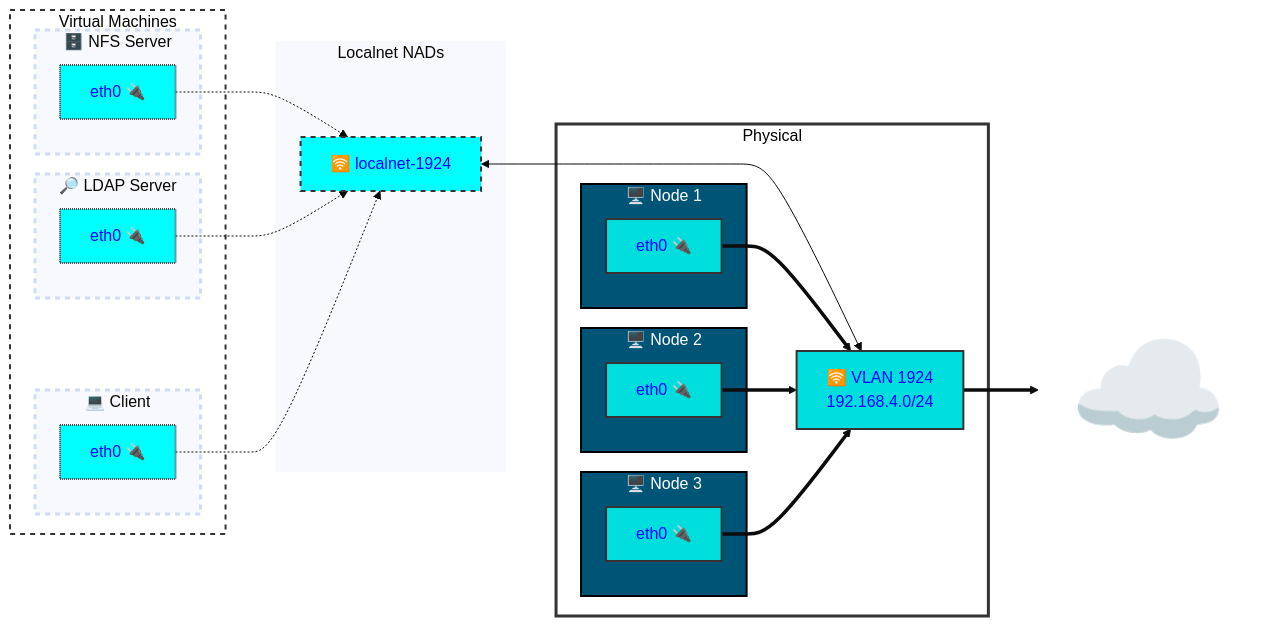
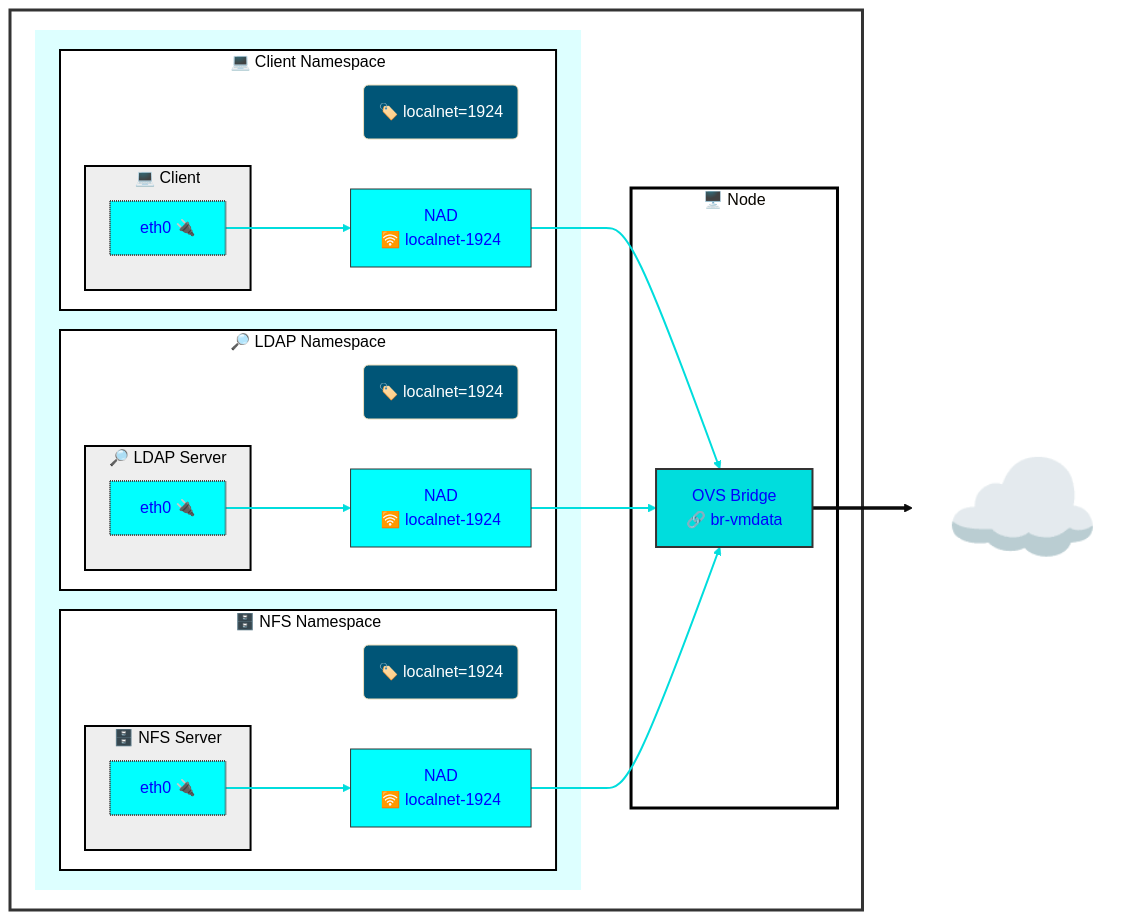
The second of 2 diagrams in networking/readme.md (dlbewley/demo-autofs), drawn with Mermaid (base theme) before and after one commit. The commit also changed other lines of this file, not shown here.

Commit message:
refactor diagram

````diff
--- a/networking/readme.md
+++ b/networking/readme.md
@@ -111,66 +108,79 @@
 ```mermaid
 graph LR;
-    Internet["☁️ "]:::Internet
-    vlan-1924[🛜 VLAN 1924<br>192.168.4.0/24<br>]:::vlan-1924;
-    vlan-1924 ==> Internet
-    nad-1924 <---> vlan-1924
+    subgraph Cluster[" "]
 
-    subgraph Physical["Physical"]
-      subgraph node1["🖥️ Node 1"]
-        node1-eth0[eth0 🔌]:::node-eth;
-      end
-      subgraph node2["🖥️ Node 2"]
-        node2-eth0[eth0 🔌]:::node-eth;
-      end
-      subgraph node3["🖥️ Node 3"]
-        node3-eth0[eth0 🔌]:::node-eth;
+      subgraph Project[" "]
+        subgraph ns-nfs["🗄️ NFS Namespace"]
+          label-nfs("🏷️ localnet=1924")
+          nad-1924-nfs[NAD<br> 🛜 localnet-1924]
+          subgraph vm-nfs["🗄️ NFS Server"]
+              nfs-eth0[eth0 🔌]
+          end
+        end
+
+        subgraph ns-ldap["🔎 LDAP Namespace"]
+          label-ldap("🏷️ localnet=1924")
+          nad-1924-ldap[NAD<br> 🛜 localnet-1924]
+          subgraph vm-ldap["🔎 LDAP Server"]
+              ldap-eth0[eth0 🔌]
+          end
+        end
+
+        subgraph ns-client["💻 Client Namespace"]
+          label-client("🏷️ localnet=1924")
+          nad-1924-client[NAD<br> 🛜 localnet-1924]
+          subgraph vm-client["💻 Client"]
+              client-eth0[eth0 🔌]
+          end
+        end
+
       end
 
-      node1-eth0 ==> vlan-1924
-      node2-eth0 ==> vlan-1924;
-      node3-eth0 ==> vlan-1924;
+      subgraph node1["🖥️ Node "]
+        br-vmdata[ OVS Bridge<br> 🔗 br-vmdata]:::vlan-1924;
+      end
     end
 
-    subgraph Virtual["Virtual Machines"]
-      subgraph NFS-Server["🗄️ NFS Server"]
-          server-1-eth0[eth0 🔌]:::vm-eth;
-      end
-
-      subgraph LDAP-Server["🔎 LDAP Server"]
-          server-2-eth0[eth0 🔌]:::vm-eth;
-      end
-
-      subgraph Client["💻 Client"]
-          server-3-eth0[eth0 🔌]:::vm-eth;
-      end
-    end
-      subgraph Localnets["Localnet NADs"]
-          nad-1924[🛜 localnet-1924]:::nad-1924;
-      end
+    nfs-eth0    ---> nad-1924-nfs
+    ldap-eth0   ---> nad-1924-ldap
+    client-eth0 ---> nad-1924-client
 
 
-    server-1-eth0 -.-> nad-1924
-    server-2-eth0 -.-> nad-1924
-    server-3-eth0 -.-> nad-1924
+    nad-1924-client --> br-vmdata
+    nad-1924-ldap --> br-vmdata
+    nad-1924-nfs --> br-vmdata
+
+
+    linkStyle 0,1,2,3,4,5 stroke:#00dddd,stroke-width:2px;
+
+    Internet["☁️ "]:::Internet
+    br-vmdata ==> Internet
+
 
     classDef node-eth fill:#00dddd,color:#00f,stroke:#333,stroke-width:2px;
+    class node1-eth0 node-eth;
+
     classDef vm-eth fill:#00ffff,color:#00f,stroke:#444,stroke-width:2px,stroke-dasharray: 1 1;
+    class client-eth0,ldap-eth0,nfs-eth0 vm-eth;
 
     classDef vlan-1924 fill:#00dddd,color:#00f,stroke:#333,stroke-width:2px;
-    classDef nad-1924 fill:#00ffff,color:#00f,stroke:#333,stroke-width:2px,stroke-dasharray: 5 5;
 
-    classDef networks fill:#cdd,stroke-width:0px
+    classDef labels stroke-width:1px,color:#fff,fill:#005577;
+    class label-client,label-ldap,label-nfs labels;
 
-    style Localnets stroke-width:0px;
-    style Physical color:#000,fill:#fff,stroke:#333,stroke-width:3px;
-    style Virtual color:#000,fill:#fff,stroke:#333,stroke-width:2px,stroke-dasharray: 5 5;
+    style Cluster color:#000,fill:#fff,stroke:#333,stroke-width:3px;
+    style Project color:#000,fill:#dff,stroke:#333,stroke-width:0px;
     style Internet fill:none,stroke-width:0px,font-size:+2em;
 
-    classDef nodes color:#fff,fill:#005577,stroke:#000,stroke-width:2px;
-    class node1,node2,node3 nodes
+    classDef vm color:#000,fill:#eee,stroke:#000,stroke-width:2px
+    class vm-client,vm-ldap,vm-nfs vm
 
-    classDef servers stroke-width:3px,stroke-dasharray: 5 5;
-    class NFS-Server,LDAP-Server,Client servers
+    classDef nodes fill:#fff,stroke:#000,stroke-width:3px;
+    class node1 nodes;
 
+    classDef namespace color:#000,fill:#fff,stroke:#000,stroke-width:2px;
+    class ns-nfs,ns-client,ns-ldap namespace;
 
+    classDef nad-1924 fill:#00ffff,color:#00f,stroke:#333,stroke-width:1px;
+    class nad-1924-client,nad-1924-ldap,nad-1924-nfs nad-1924;
 ```
````
